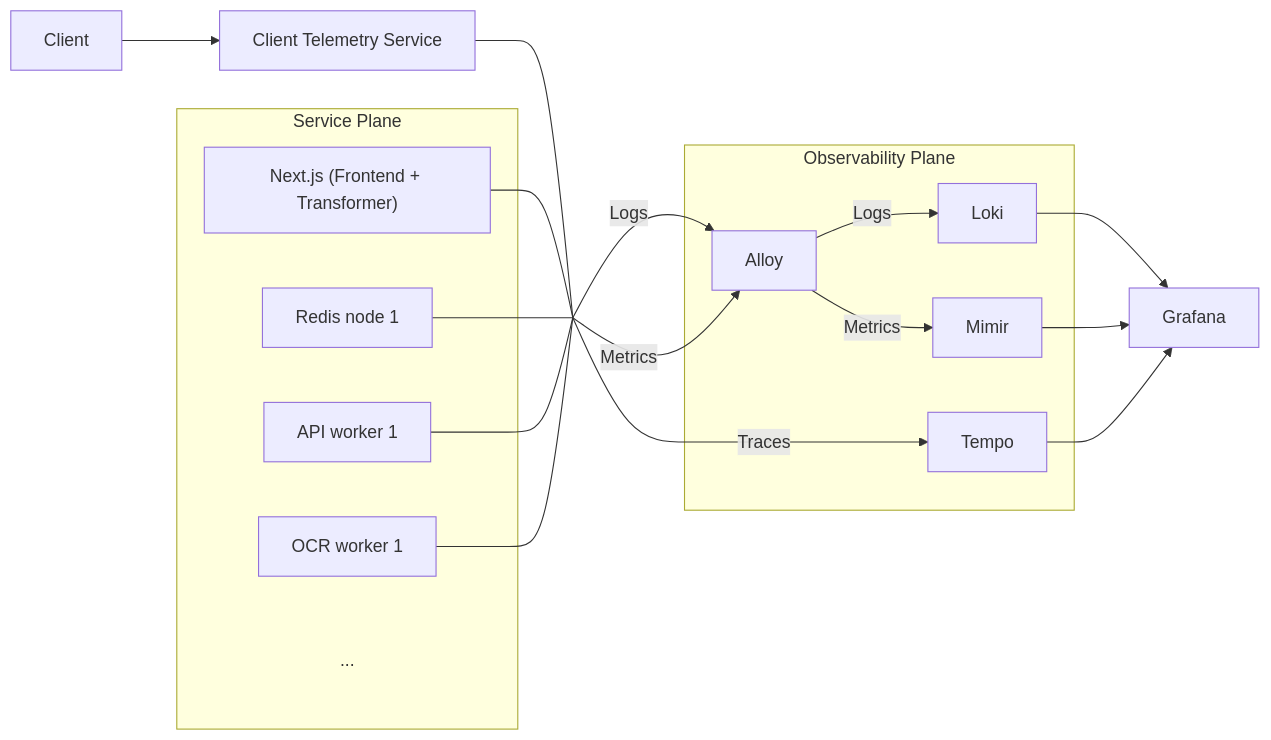
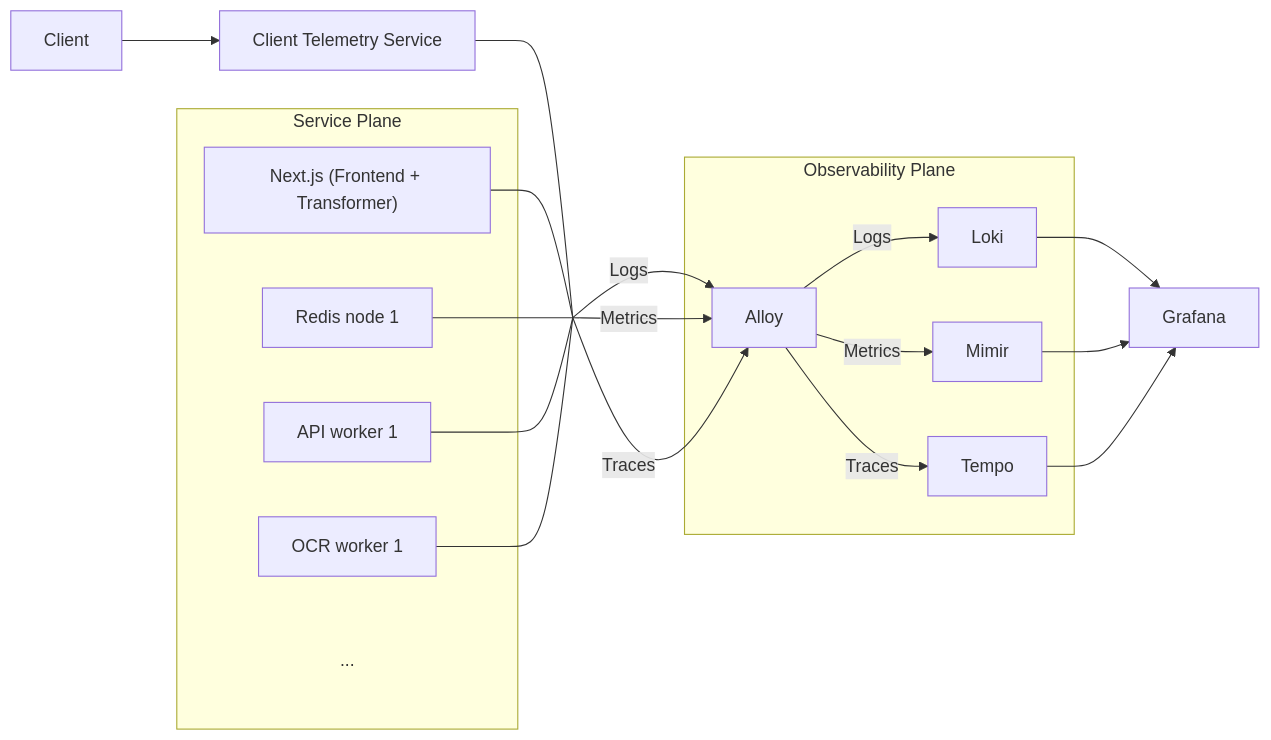
The fifth of 5 diagrams in README.md (OzuYatamutsu/project-overengineer), drawn with Mermaid before and after one commit. The commit also changed other lines of this file, not shown here.

````diff
--- a/README.md
+++ b/README.md
@@ -379,42 +379,43 @@
 ```mermaid
 graph LR
     Client["Client"]
     ClientTelemetry["Client Telemetry Service"]
     TelemetrySplitter[" "]:::split
     TelemetrySplitter2[" "]:::split
     Grafana["Grafana"]
 
     subgraph Service Plane
         F1["Next.js (Frontend + Transformer)"]
         R1["Redis node 1"]
         S1["API worker 1"]
         O1["OCR worker 1"]
         XX["..."]:::plainText
     end
 
     subgraph Observability Plane
         Alloy["Alloy"]
         Loki["Loki"]
         Mimir["Mimir"]
         Tempo["Tempo"]
     end
 
     Client --> ClientTelemetry
     ClientTelemetry --- TelemetrySplitter
     F1 --- TelemetrySplitter
     R1 --- TelemetrySplitter
     S1 --- TelemetrySplitter
     O1 --- TelemetrySplitter
     TelemetrySplitter -->|Logs| Alloy
     TelemetrySplitter -->|Metrics| Alloy
+    TelemetrySplitter -->|Traces| Alloy
     Alloy -->|Logs| Loki
     Alloy -->|Metrics| Mimir
-    TelemetrySplitter -->|Traces| Tempo
+    Alloy -->|Traces| Tempo
 
     Loki --> Grafana
     Mimir --> Grafana
     Tempo --> Grafana
 
 classDef plainText fill:none,stroke:none;
 classDef split fill:none,stroke:none,width:0,height:0;
 ```
````
